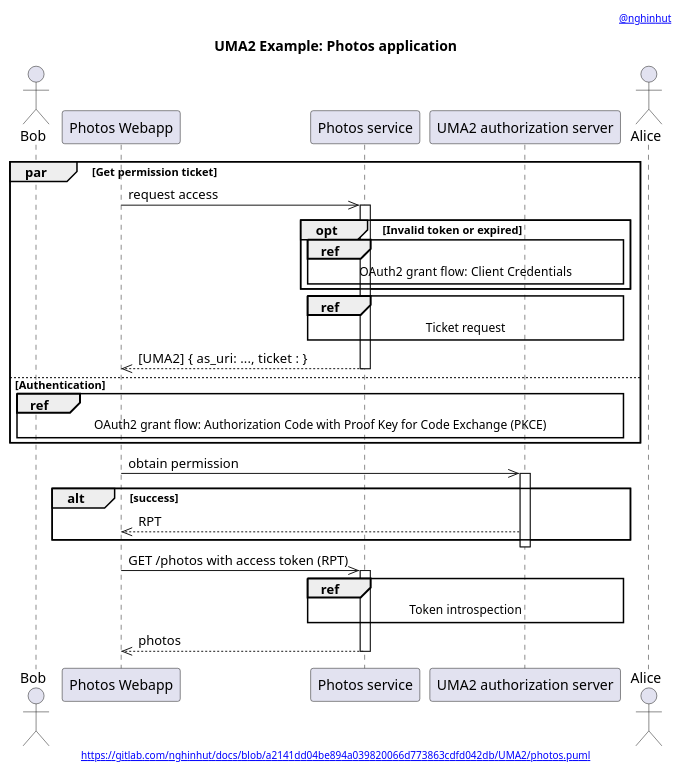
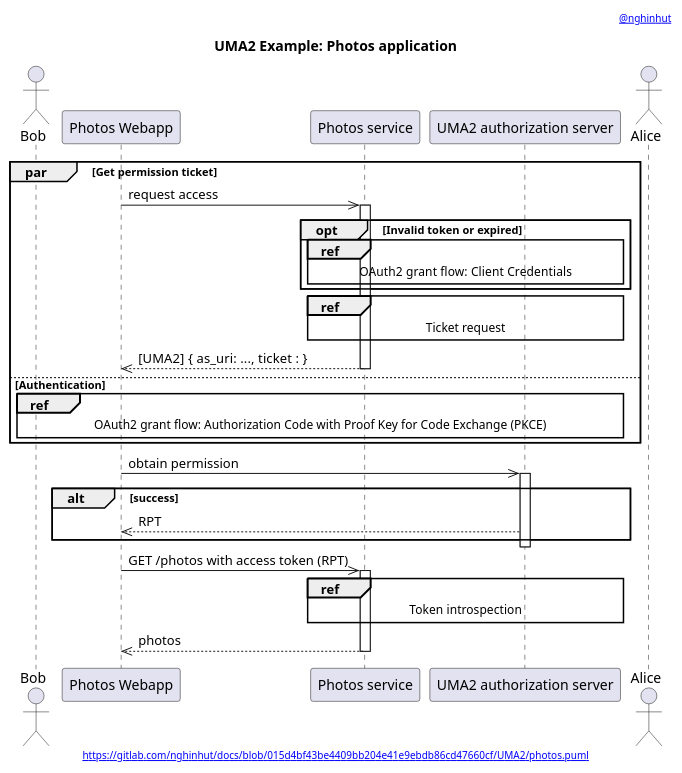
One commit to nghinhut/docs changed the diagram in UMA2/photos.apps.puml. Above: the diagram before and after it, drawn with PlantUML. The commit also changed 20 other files, not shown here.

Commit message:
Update diagrams

```diff
--- a/UMA2/photos.apps.puml
+++ b/UMA2/photos.apps.puml
@@ -1,43 +1,43 @@
 @startuml
 '-----START auto generated metadata please keep comment here to allow auto update-----
 '-----DON'T EDIT THIS SECTION, INSTEAD RE-RUN prebuild.sh TO UPDATE-----
-header [[https://www.nghinhut.dev?from=http%5C%3A%5C%2F%5C%2Fwww%5C.plantuml%5C.com%5C%2Fplantuml%5C%2Fproxy%3Ffmt%3Dsvg%5C%26src%3Dhttps%5C%3A%5C%2F%5C%2Fgitlab%5C.com%5C%2Fnghinhut%5C%2Fdocs%5C%2Fraw%5C%2Fa2141dd04be894a039820066d773863cdfd042db%5C%2FUMA2%5C%2Fphotos%5C.puml%0A @nghinhut]]
-footer [[http://www.plantuml.com/plantuml/proxy?fmt=svg&src=https://gitlab.com/nghinhut/docs/raw/a2141dd04be894a039820066d773863cdfd042db/UMA2/photos.puml https://gitlab.com/nghinhut/docs/blob/a2141dd04be894a039820066d773863cdfd042db/UMA2/photos.puml]]
+header [[https://www.nghinhut.dev?from=http%5C%3A%5C%2F%5C%2Fwww%5C.plantuml%5C.com%5C%2Fplantuml%5C%2Fproxy%3Ffmt%3Dsvg%5C%26src%3Dhttps%5C%3A%5C%2F%5C%2Fgitlab%5C.com%5C%2Fnghinhut%5C%2Fdocs%5C%2Fraw%5C%2F015d4bf43be4409bb204e41e9ebdb86cd47660cf%5C%2FUMA2%5C%2Fphotos%5C.puml%0A @nghinhut]]
+footer [[http://www.plantuml.com/plantuml/proxy?fmt=svg&src=https://gitlab.com/nghinhut/docs/raw/015d4bf43be4409bb204e41e9ebdb86cd47660cf/UMA2/photos.puml https://gitlab.com/nghinhut/docs/blob/015d4bf43be4409bb204e41e9ebdb86cd47660cf/UMA2/photos.puml]]
 '-----END auto generated metadata please keep comment here to allow auto update-----
 title UMA2 Example: Photos application
 
 actor "Bob" as rp
 participant "Photos Webapp" as client
 participant "Photos service" as rs
 participant "UMA2 authorization server" as as
 actor "Alice" as ro
 
 par Get permission ticket
     client ->> rs : request access
     activate rs
 
     opt Invalid token or expired
         ref over rs, as : OAuth2 grant flow: Client  Credentials
     end
 
     ref over rs, as : Ticket request
 
     client <<-- rs : [UMA2] { as_uri: ...,  ticket : }
     deactivate rs
 else Authentication
     ref over rp, as : OAuth2 grant flow: Authorization Code with Proof Key for Code Exchange (PKCE)
 end
 
 client ->> as : obtain permission
 activate as
 alt success
 client <<-- as : RPT
 end
 deactivate as
 
 client ->> rs : GET /photos with access token (RPT)
 activate rs
 ref over rs, as : Token introspection
 client <<-- rs : photos
 deactivate rs
 @enduml
```
